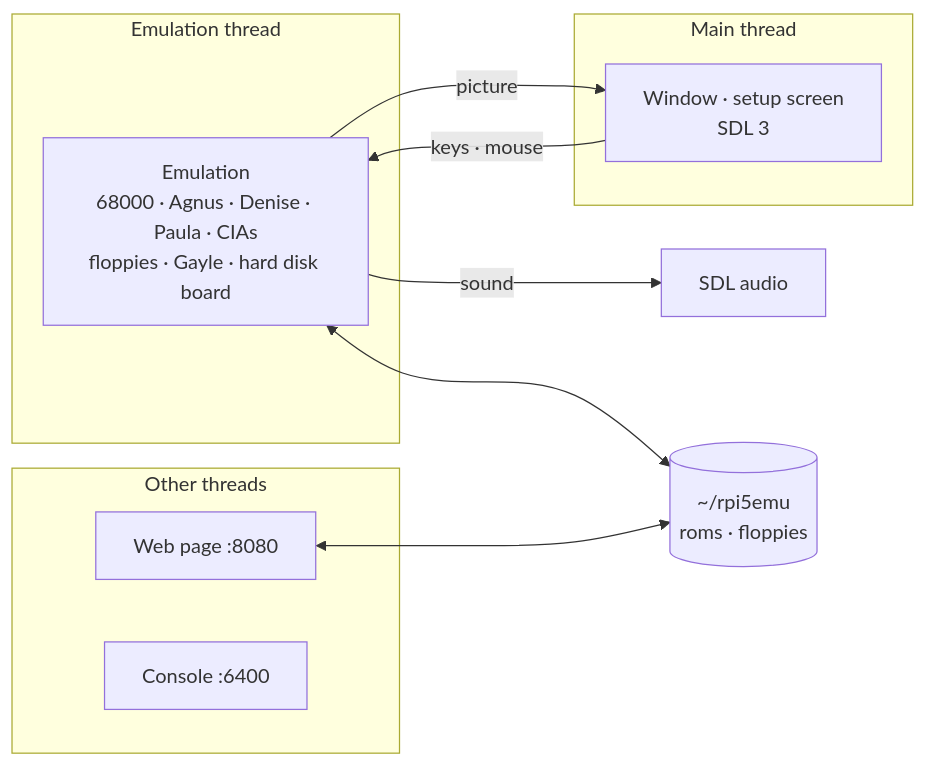
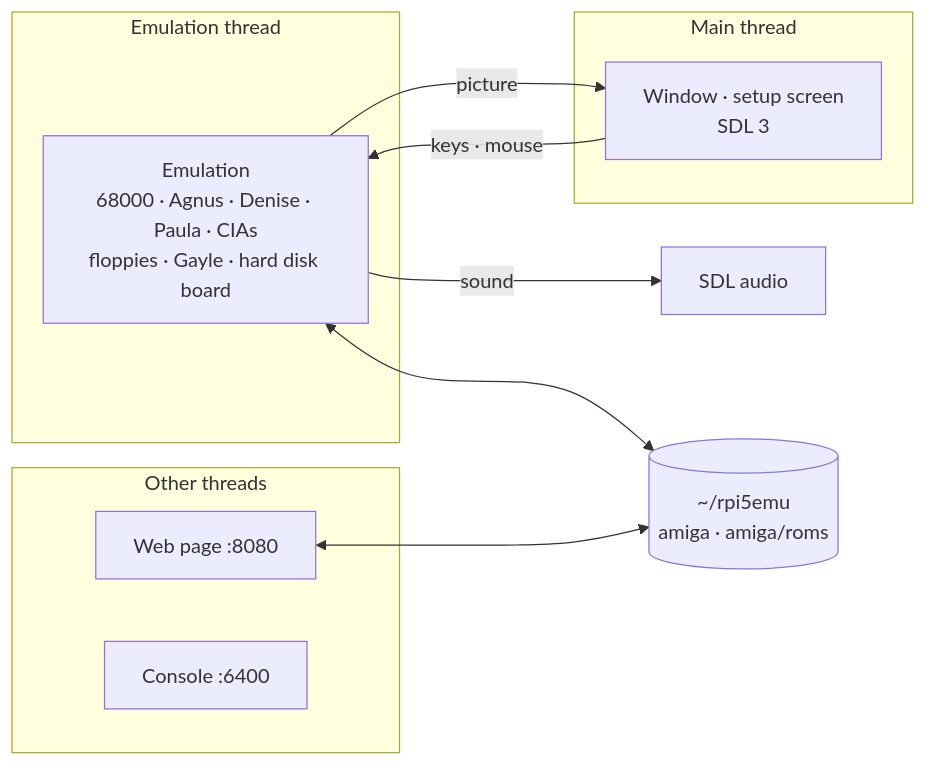
One commit to rlucencic/rpi5ami changed the diagram in README.md. Above: the diagram before and after it, drawn with Mermaid. The commit also changed other lines of this file and 4 other files, not shown here.

First line of the commit message:
ROMs in ~/rpi5emu/amiga/roms, disk images in amiga/ (was floppies/)

````diff
--- a/README.md
+++ b/README.md
@@ -185,19 +185,19 @@
 ```mermaid
 flowchart LR
   subgraph emu [Emulation thread]
     EMU["Emulation<br>68000 · Agnus · Denise · Paula · CIAs<br>floppies · Gayle · hard disk board"]
   end
   subgraph main [Main thread]
     WIN["Window · setup screen<br>SDL 3"]
   end
   subgraph others [Other threads]
     WEB[Web page :8080]
     CON[Console :6400]
   end
   EMU -- picture --> WIN
   EMU -- sound --> SND[SDL audio]
   WIN -- keys · mouse --> EMU
-  DATA[("~/rpi5emu<br>roms · floppies")]
+  DATA[("~/rpi5emu<br>amiga · amiga/roms")]
   EMU <--> DATA
   WEB <--> DATA
 ```
````
